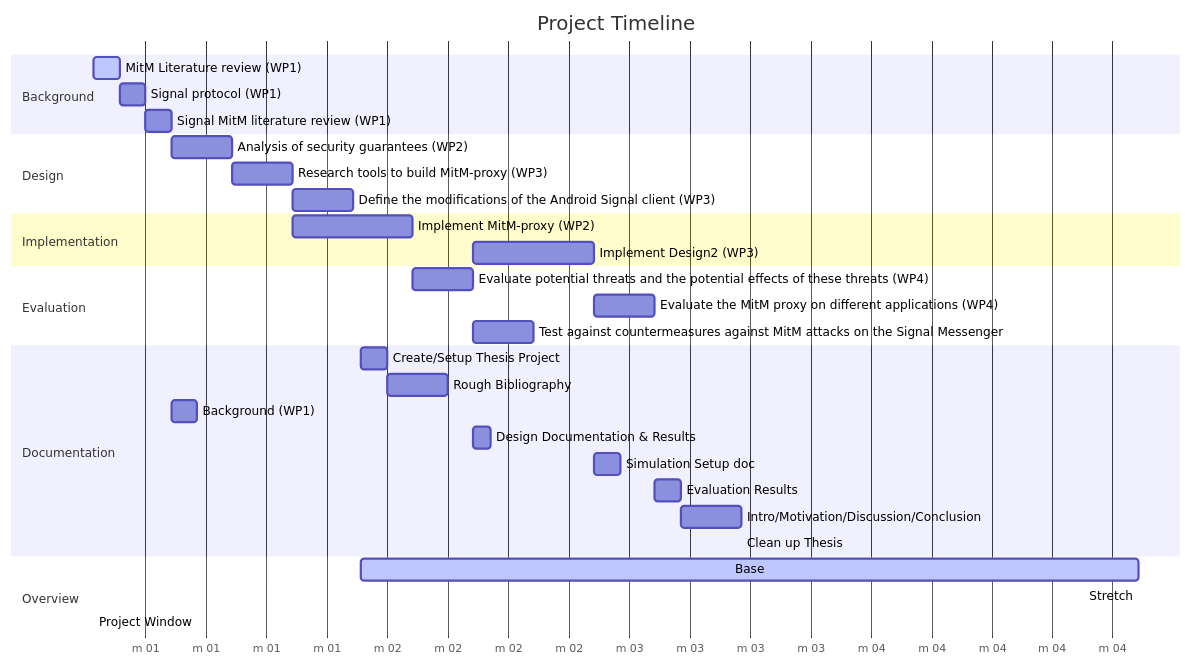
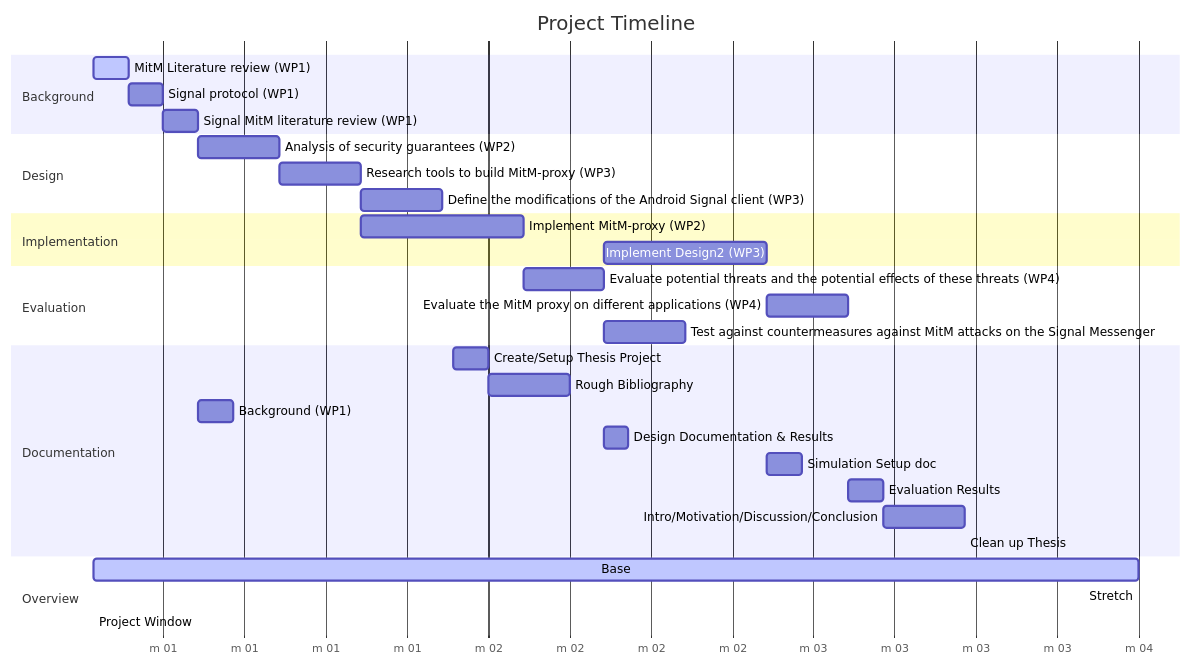
Before and after one commit to LordByku/signal-mitm: the diagram in README.md, drawn with Mermaid.

Commit message:
Added timeline

````diff
--- a/README.md
+++ b/README.md
@@ -12,49 +12,49 @@
 ```mermaid
 gantt
 dateFormat  M
 axisFormat m %m
 title Project Timeline
 
 section Background
 
     MitM Literature review (WP1) :active, rev1, 01, 3d
     Signal protocol (WP1) : rev2, after rev1, 3d
     Signal MitM literature review (WP1) : rev3, after rev2, 3d
 
 section Design
 
     Analysis of security guarantees (WP2): des1, after rev3,7d
     Research tools to build MitM-proxy (WP3): des2, after des1, 7d
     Define the modifications of the Android Signal client (WP3): des3, after des2, 7d
 
 section Implementation
 
     Implement MitM-proxy (WP2): imp1, after des2, 14d
     Implement Design2 (WP3): imp2, after eval1, 14d
 
 section Evaluation
      Evaluate potential threats and the potential effects of these threats (WP4): eval1, after imp1, 7d
      Evaluate the MitM proxy on different applications (WP4): eval2, after imp2, 7d
      Test against countermeasures against MitM attacks on the Signal Messenger : eval3, after eval1, 7d
 
 
 section Documentation
 
    Create/Setup Thesis Project: doc1, 02, 3d
    Rough Bibliography: doc2, after doc1, 7d
    Background (WP1): doc3, after rev3, 3d
 
    Design Documentation & Results: doc4, after eval1, 2d
    Simulation Setup doc: doc9, after imp2, 3d
    Evaluation Results: doc10, after eval2, 3d
    Intro/Motivation/Discussion/Conclusion: doc11, after doc10,7d
    Clean up Thesis: doc0, after doc11, 07
 
 
 section Overview
 
-   Base: active, over2, 02, 90d
+   Base: active, over2, 01, 90d
    Stretch: over3, after over2, 07
    Project Window: active, over1, 01, 07
 
 ```
````
